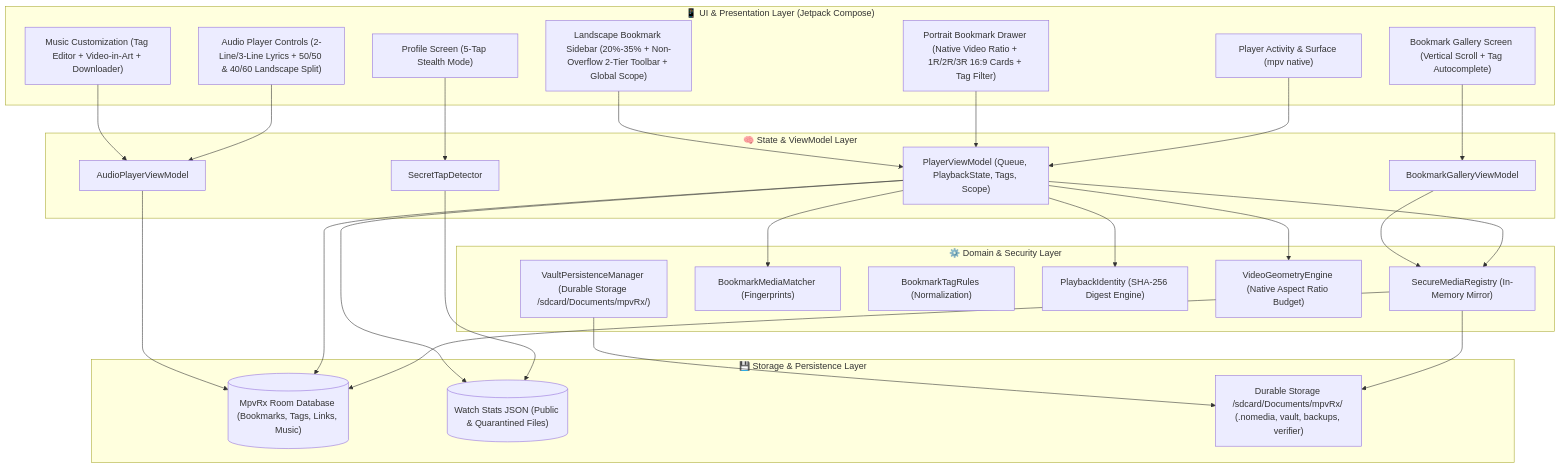
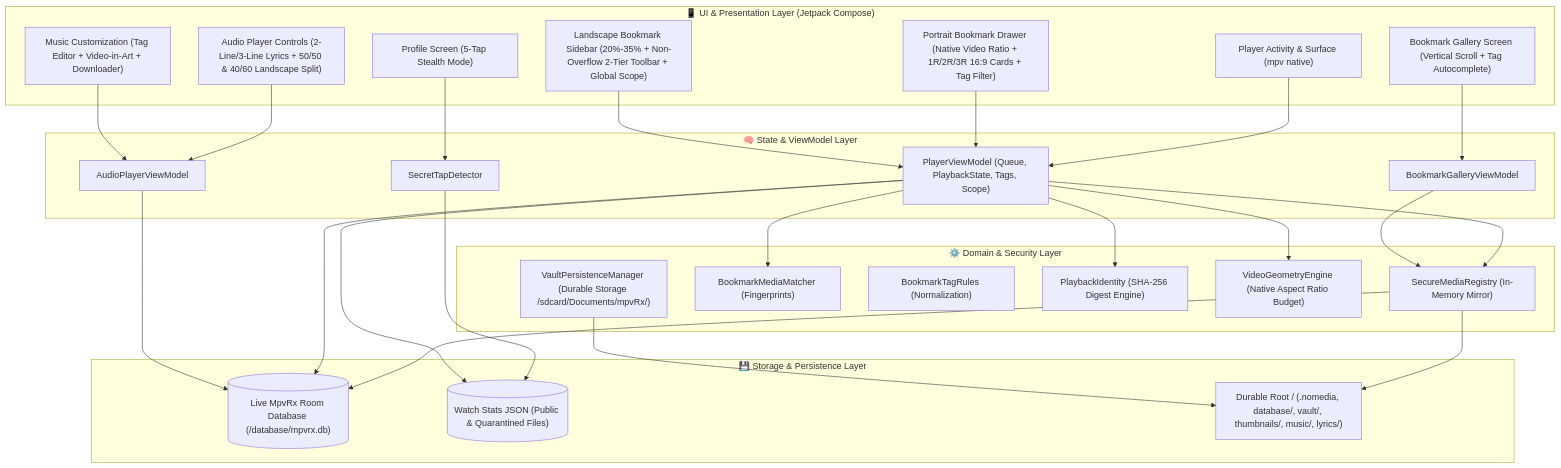
Before and after one commit to Mostakim2005/mpvRx: the first of 7 diagrams in docs/ARCHITECTURE.md, drawn with Mermaid. The commit also changed other lines of this file and 21 other files, not shown here.

````diff
--- a/docs/ARCHITECTURE.md
+++ b/docs/ARCHITECTURE.md
@@ -6,56 +6,56 @@
 ```mermaid
 flowchart TB
     subgraph UI["📱 UI & Presentation Layer (Jetpack Compose)"]
         PlayerView["Player Activity & Surface (mpv native)"]
         PortraitDrawer["Portrait Bookmark Drawer (Native Video Ratio + 1R/2R/3R 16:9 Cards + Tag Filter)"]
         LandscapeSidebar["Landscape Bookmark Sidebar (20%-35% + Non-Overflow 2-Tier Toolbar + Global Scope)"]
         GalleryModal["Bookmark Gallery Screen (Vertical Scroll + Tag Autocomplete)"]
         ProfileSec["Profile Screen (5-Tap Stealth Mode)"]
         AudioUI["Audio Player Controls (2-Line/3-Line Lyrics + 50/50 & 40/60 Landscape Split)"]
         MusicCustomUI["Music Customization (Tag Editor + Video-in-Art + Downloader)"]
     end
 
     subgraph State["🧠 State & ViewModel Layer"]
         PlayerVM["PlayerViewModel (Queue, PlaybackState, Tags, Scope)"]
         GalleryVM["BookmarkGalleryViewModel"]
         AudioVM["AudioPlayerViewModel"]
         SecDetector["SecretTapDetector"]
     end
 
     subgraph Domain["⚙️ Domain & Security Layer"]
         Registry["SecureMediaRegistry (In-Memory Mirror)"]
         Matcher["BookmarkMediaMatcher (Fingerprints)"]
         TagRules["BookmarkTagRules (Normalization)"]
         Identity["PlaybackIdentity (SHA-256 Digest Engine)"]
         Geometry["VideoGeometryEngine (Native Aspect Ratio Budget)"]
         VaultPersistence["VaultPersistenceManager (Durable Storage /sdcard/Documents/mpvRx/)"]
     end
 
     subgraph Data["💾 Storage & Persistence Layer"]
-        RoomDB[("MpvRx Room Database (Bookmarks, Tags, Links, Music)")]
+        RoomDB[("Live MpvRx Room Database (<UserFolder>/database/mpvrx.db)")]
         WatchStats[("Watch Stats JSON (Public & Quarantined Files)")]
-        DurableVault["Durable Storage /sdcard/Documents/mpvRx/ (.nomedia, vault, backups, verifier)"]
+        DurableVault["Durable Root <UserRoot>/ (.nomedia, database/, vault/, thumbnails/, music/, lyrics/)"]
     end
 
     PlayerView --> PlayerVM
     PortraitDrawer --> PlayerVM
     LandscapeSidebar --> PlayerVM
     GalleryModal --> GalleryVM
     ProfileSec --> SecDetector
     AudioUI --> AudioVM
     MusicCustomUI --> AudioVM
 
     PlayerVM --> Registry
     PlayerVM --> Identity
     PlayerVM --> Matcher
     PlayerVM --> Geometry
     GalleryVM --> Registry
     SecDetector --> WatchStats
 
     Registry --> RoomDB
     Registry --> DurableVault
     VaultPersistence --> DurableVault
     PlayerVM --> RoomDB
     PlayerVM --> WatchStats
     AudioVM --> RoomDB
 ```
````
